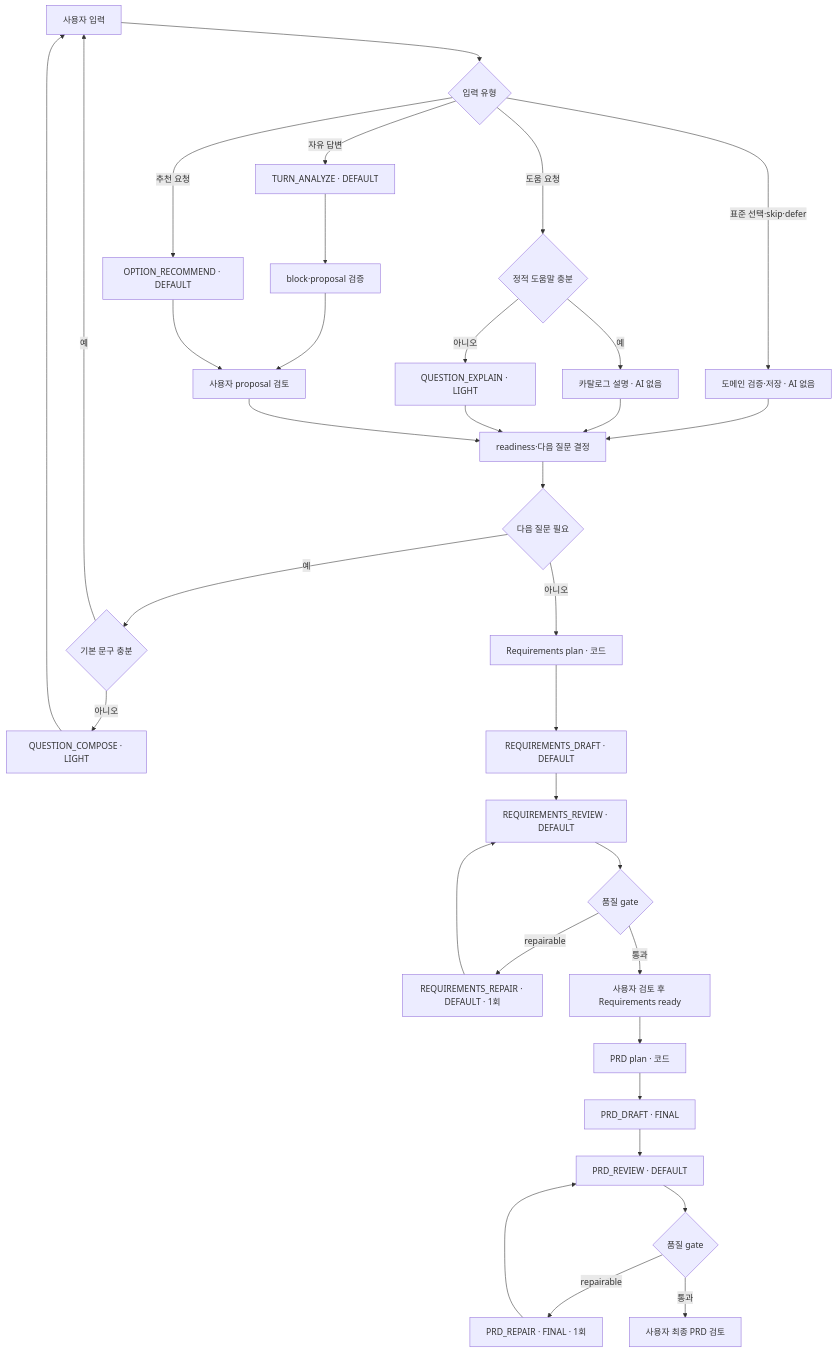
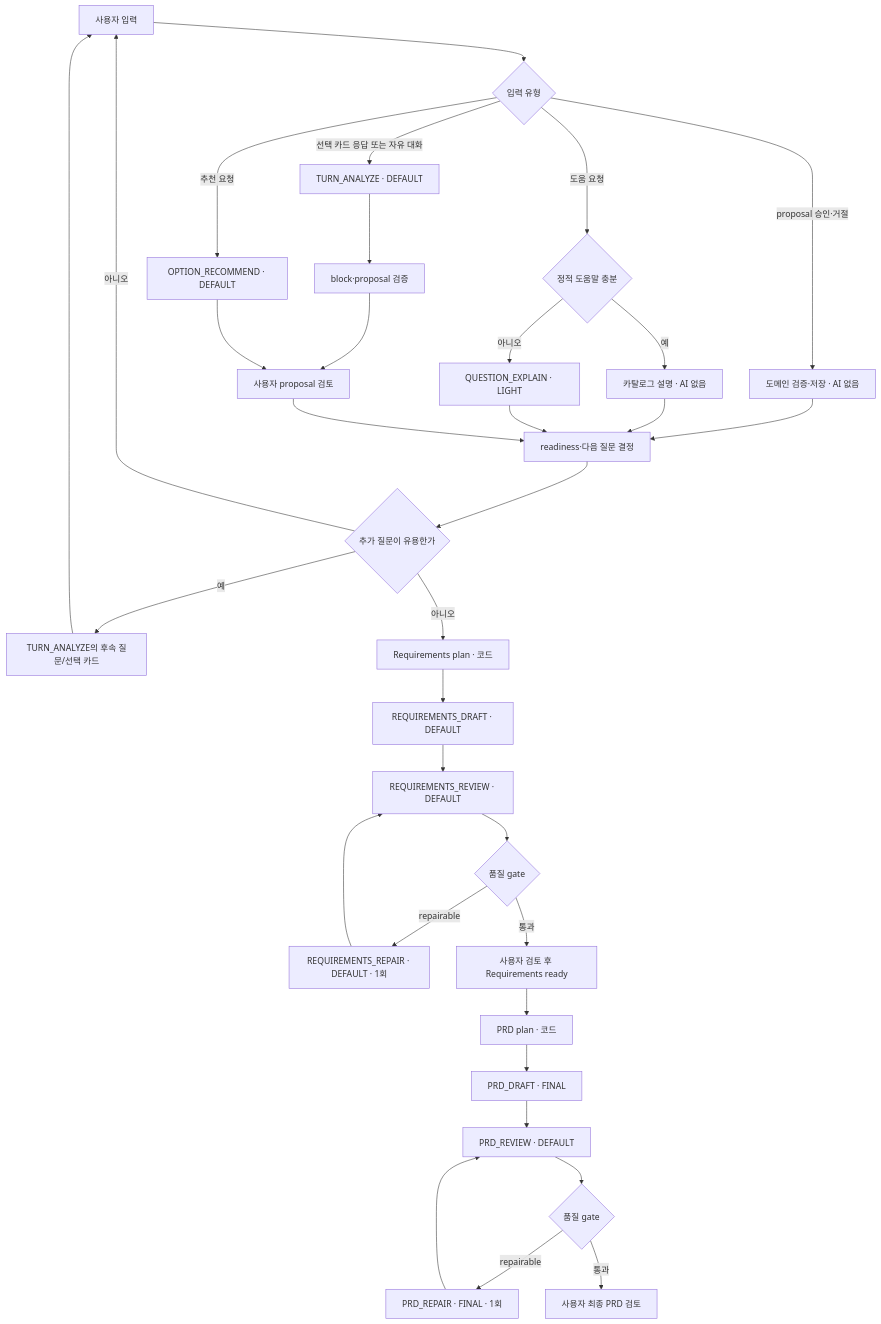
Before and after one commit to donghyunlee-dev/ai-agent-blueprint: the diagram in docs/product/12-ai-orchestration-and-model-policy.md, drawn with Mermaid. The commit also changed other lines of this file and 20 other files, not shown here.

````diff
--- a/docs/product/12-ai-orchestration-and-model-policy.md
+++ b/docs/product/12-ai-orchestration-and-model-policy.md
@@ -81,36 +81,35 @@
 ```mermaid
 flowchart TD
     A[사용자 입력] --> B{입력 유형}
-    B -- 표준 선택·skip·defer --> C[도메인 검증·저장 · AI 없음]
-    B -- 자유 답변 --> D[TURN_ANALYZE · DEFAULT]
+    B -- 선택 카드 응답 또는 자유 대화 --> D[TURN_ANALYZE · DEFAULT]
+    B -- proposal 승인·거절 --> C[도메인 검증·저장 · AI 없음]
     B -- 도움 요청 --> E{정적 도움말 충분}
     E -- 예 --> F[카탈로그 설명 · AI 없음]
     E -- 아니오 --> G[QUESTION_EXPLAIN · LIGHT]
     B -- 추천 요청 --> H[OPTION_RECOMMEND · DEFAULT]
     C --> I[readiness·다음 질문 결정]
     D --> J[block·proposal 검증]
     J --> K[사용자 proposal 검토]
     H --> K
     F --> I
     G --> I
     K --> I
-    I --> L{다음 질문 필요}
-    L -- 예 --> M{기본 문구 충분}
-    M -- 예 --> A
-    M -- 아니오 --> N[QUESTION_COMPOSE · LIGHT]
-    N --> A
+    I --> L{추가 질문이 유용한가}
+    L -- 예 --> M[TURN_ANALYZE의 후속 질문/선택 카드]
+    L -- 아니오 --> A
+    M --> A
     L -- 아니오 --> O[Requirements plan · 코드]
     O --> P[REQUIREMENTS_DRAFT · DEFAULT]
     P --> Q[REQUIREMENTS_REVIEW · DEFAULT]
     Q --> R{품질 gate}
     R -- repairable --> S[REQUIREMENTS_REPAIR · DEFAULT · 1회]
     S --> Q
     R -- 통과 --> T[사용자 검토 후 Requirements ready]
     T --> U[PRD plan · 코드]
     U --> V[PRD_DRAFT · FINAL]
     V --> W[PRD_REVIEW · DEFAULT]
     W --> X{품질 gate}
     X -- repairable --> Y[PRD_REPAIR · FINAL · 1회]
     Y --> W
     X -- 통과 --> Z[사용자 최종 PRD 검토]
 ```
````
